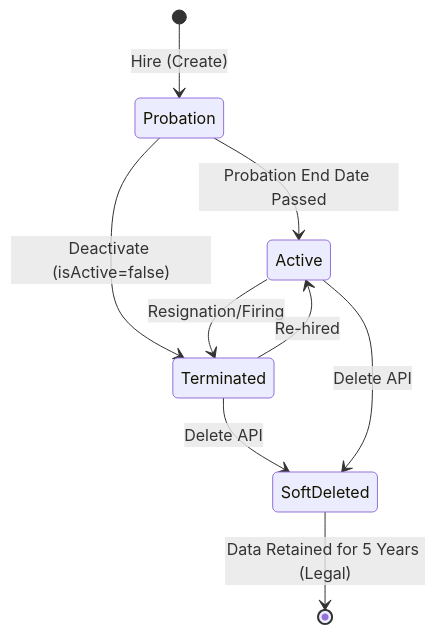
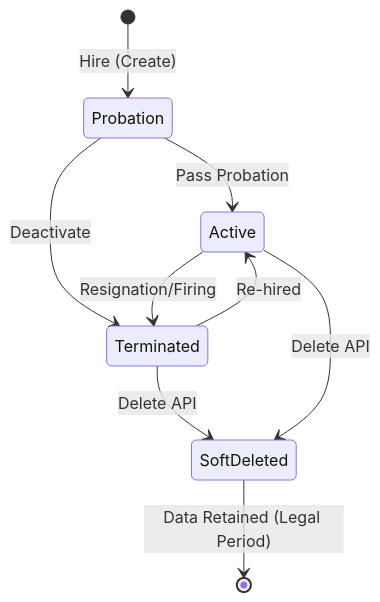
Before and after one commit to moses1998lee/horaion-documentation: the first of 2 diagrams in technical_documentation/02_MODULES/employee/03_DOMAIN.md, drawn with Mermaid. The commit also changed other lines of this file and 31 other files, not shown here.

````diff
--- a/technical_documentation/02_MODULES/employee/03_DOMAIN.md
+++ b/technical_documentation/02_MODULES/employee/03_DOMAIN.md
@@ -67,15 +67,15 @@
 ```mermaid
 stateDiagram-v2
     [*] --> Probation: Hire (Create)
-    Probation --> Active: Probation End Date Passed
+    Probation --> Active: Pass Probation
     
-    Probation --> Terminated: Deactivate (isActive=false)
+    Probation --> Terminated: Deactivate
     Active --> Terminated: Resignation/Firing
     
     Terminated --> Active: Re-hired
     
     Terminated --> SoftDeleted: Delete API
     Active --> SoftDeleted: Delete API
     
-    SoftDeleted --> [*]: Data Retained for 5 Years (Legal)
+    SoftDeleted --> [*]: Data Retained (Legal Period)
 ```
````
